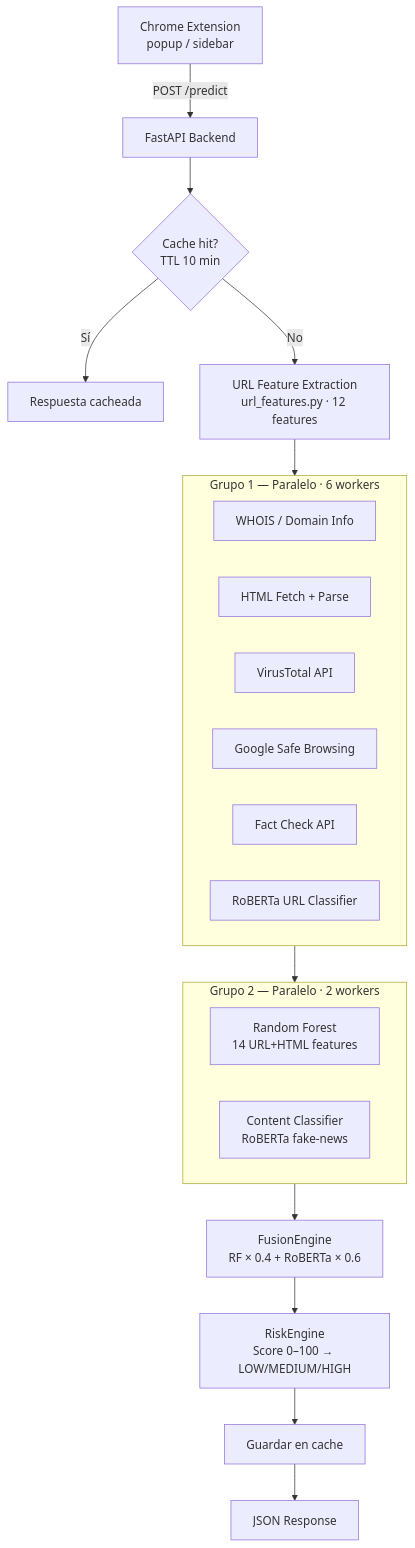
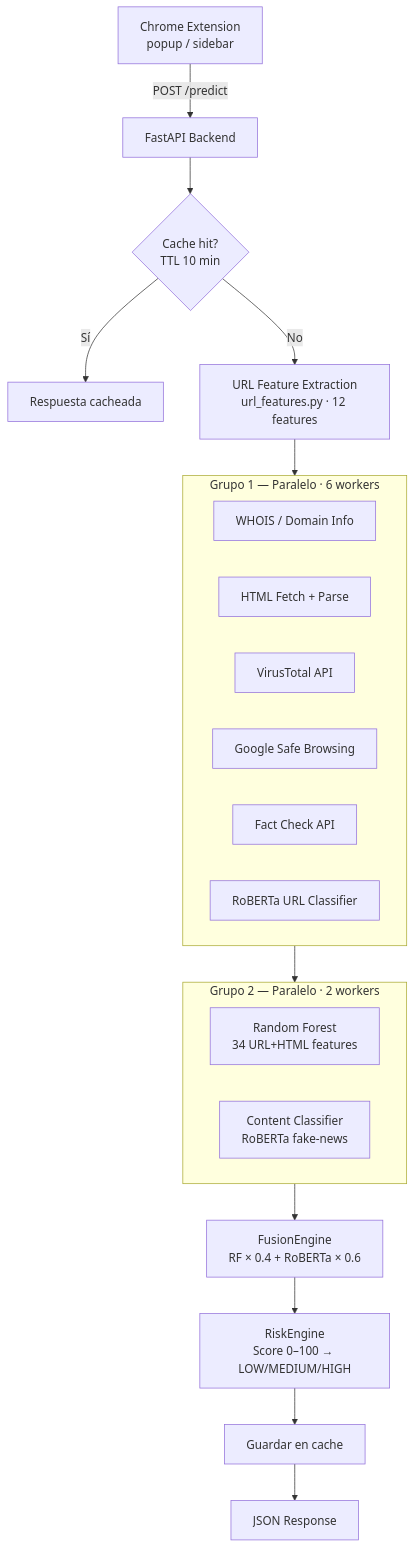
Before and after one commit to melsysdev-web/phishing_ia: the first of 2 diagrams in docs/architecture.md, drawn with Mermaid. The commit also changed other lines of this file and 10 other files, not shown here.

````diff
--- a/docs/architecture.md
+++ b/docs/architecture.md
@@ -13,33 +13,33 @@
 ```mermaid
 flowchart TD
     A[Chrome Extension\npopup / sidebar] -->|POST /predict| B[FastAPI Backend]
 
     B --> CACHE{Cache hit?\nTTL 10 min}
     CACHE -->|Sí| RESP[Respuesta cacheada]
     CACHE -->|No| FEAT
 
     FEAT[URL Feature Extraction\nurl_features.py · 12 features]
 
     FEAT --> G1
 
     subgraph G1 [Grupo 1 — Paralelo · 6 workers]
         W[WHOIS / Domain Info]
         H[HTML Fetch + Parse]
         VT[VirusTotal API]
         SB[Google Safe Browsing]
         FC[Fact Check API]
         RB[RoBERTa URL Classifier]
     end
 
     G1 --> G2
 
     subgraph G2 [Grupo 2 — Paralelo · 2 workers]
-        RF[Random Forest\n14 URL+HTML features]
+        RF[Random Forest\n34 URL+HTML features]
         CC[Content Classifier\nRoBERTa fake-news]
     end
 
     G2 --> FE[FusionEngine\nRF × 0.4 + RoBERTa × 0.6]
     FE --> RE[RiskEngine\nScore 0–100 → LOW/MEDIUM/HIGH]
     RE --> CACHE2[Guardar en cache]
     CACHE2 --> RESP2[JSON Response]
 ```
````
